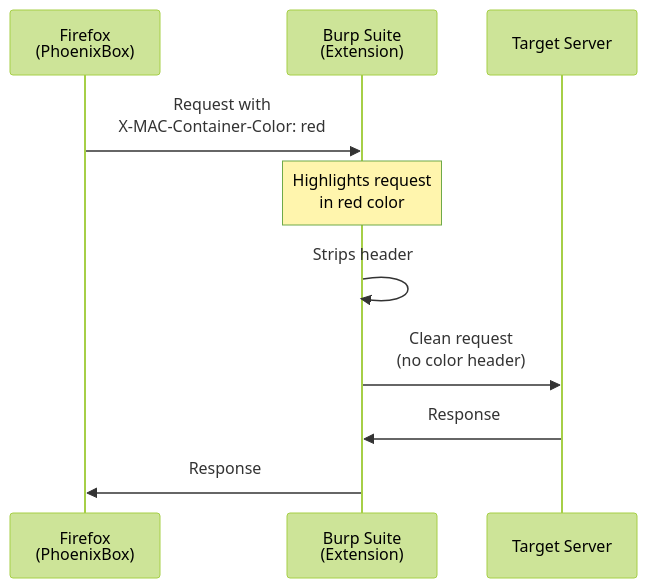
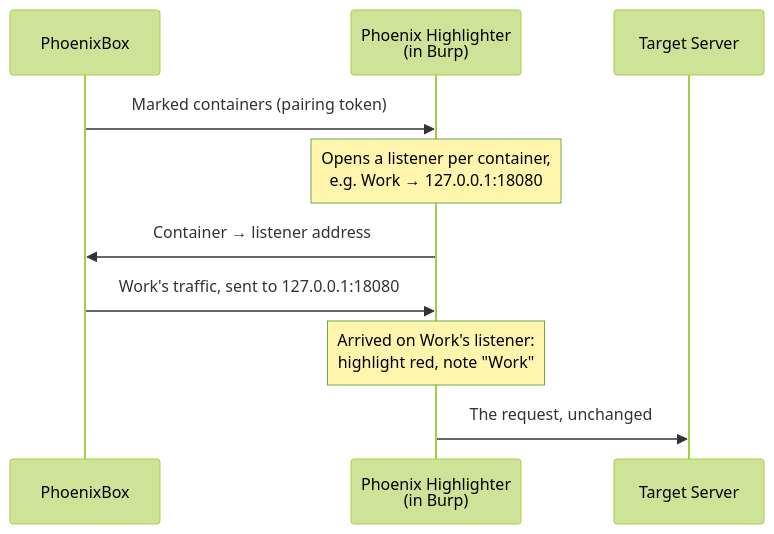
One commit to avihayf/PhoenixBox changed the diagram in docs/BURP_SUITE_SETUP.md. Above: the diagram before and after it, drawn with Mermaid (forest theme). The commit also changed other lines of this file and 25 other files, not shown here.

````diff
--- a/docs/BURP_SUITE_SETUP.md
+++ b/docs/BURP_SUITE_SETUP.md
@@ -43,13 +35,13 @@
 ```mermaid
 sequenceDiagram
-    participant Firefox as Firefox<br/>(PhoenixBox)
-    participant Burp as Burp Suite<br/>(Extension)
+    participant PB as PhoenixBox
+    participant Jar as Phoenix Highlighter<br/>(in Burp)
     participant Target as Target Server
-    
-    Firefox->>Burp: Request with<br/>X-MAC-Container-Color: red
-    Note over Burp: Highlights request<br/>in red color
-    Burp->>Burp: Strips header
-    Burp->>Target: Clean request<br/>(no color header)
-    Target->>Burp: Response
-    Burp->>Firefox: Response
+
+    PB->>Jar: Marked containers (pairing token)
+    Note over Jar: Opens a listener per container,<br/>e.g. Work → 127.0.0.1:18080
+    Jar->>PB: Container → listener address
+    PB->>Jar: Work's traffic, sent to 127.0.0.1:18080
+    Note over Jar: Arrived on Work's listener:<br/>highlight red, note "Work"
+    Jar->>Target: The request, unchanged
 ```
````
